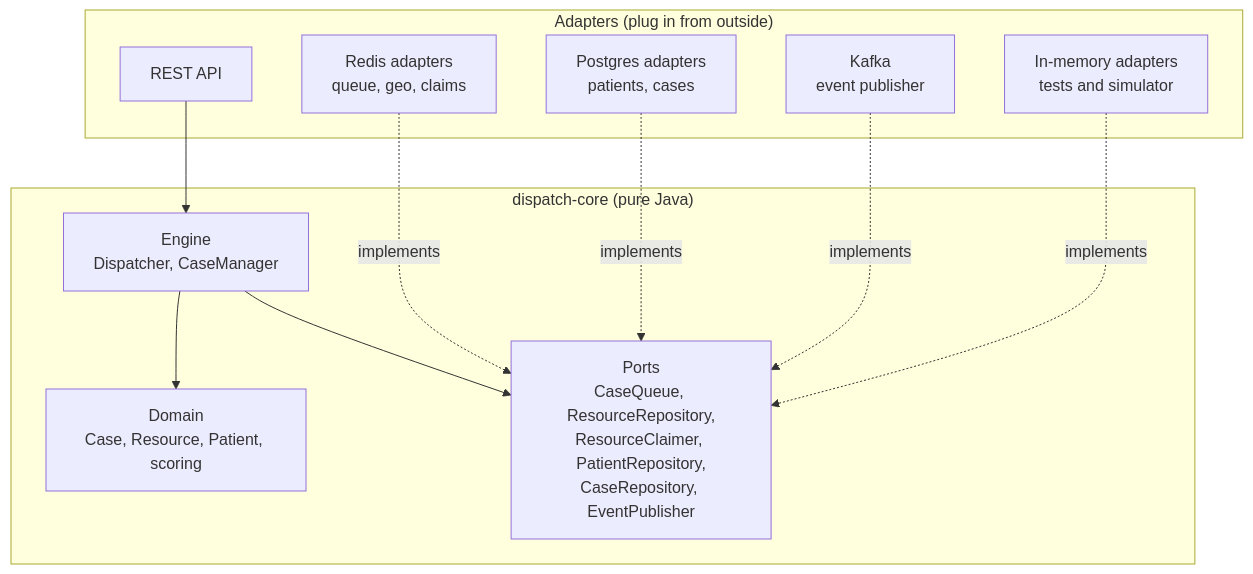
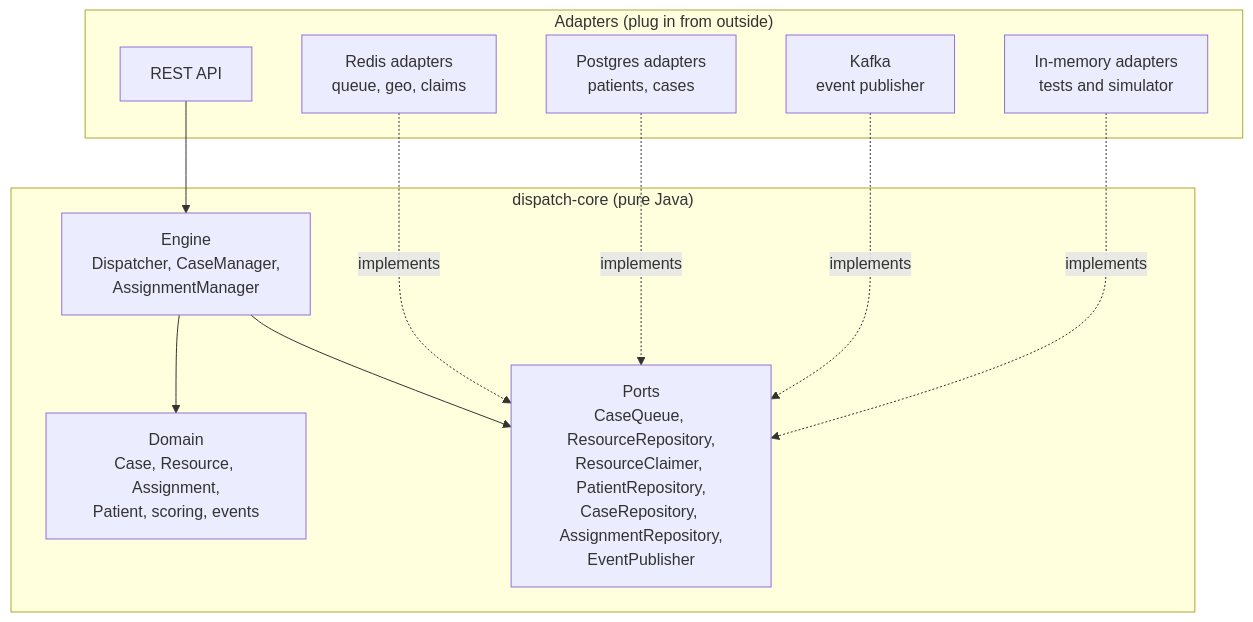
Before and after one commit to anujpi/medidispatch: the third of 3 diagrams in README.md, drawn with Mermaid. The commit also changed other lines of this file and 1 other file, not shown here.

````diff
--- a/README.md
+++ b/README.md
@@ -105,22 +105,22 @@
 ```mermaid
 flowchart TB
     subgraph Outside["Adapters (plug in from outside)"]
         REST[REST API]
         REDIS[Redis adapters<br/>queue, geo, claims]
         PG[Postgres adapters<br/>patients, cases]
         KAFKA[Kafka<br/>event publisher]
         MEM[In-memory adapters<br/>tests and simulator]
     end
     subgraph Core["dispatch-core (pure Java)"]
-        ENG[Engine<br/>Dispatcher, CaseManager]
-        DOM[Domain<br/>Case, Resource, Patient, scoring]
-        PORTS[Ports<br/>CaseQueue, ResourceRepository,<br/>ResourceClaimer, PatientRepository,<br/>CaseRepository, EventPublisher]
+        ENG[Engine<br/>Dispatcher, CaseManager,<br/>AssignmentManager]
+        DOM[Domain<br/>Case, Resource, Assignment,<br/>Patient, scoring, events]
+        PORTS[Ports<br/>CaseQueue, ResourceRepository,<br/>ResourceClaimer, PatientRepository,<br/>CaseRepository, AssignmentRepository,<br/>EventPublisher]
     end
     REST --> ENG
     ENG --> DOM
     ENG --> PORTS
     REDIS -. implements .-> PORTS
     PG -. implements .-> PORTS
     KAFKA -. implements .-> PORTS
     MEM -. implements .-> PORTS
 ```
````
